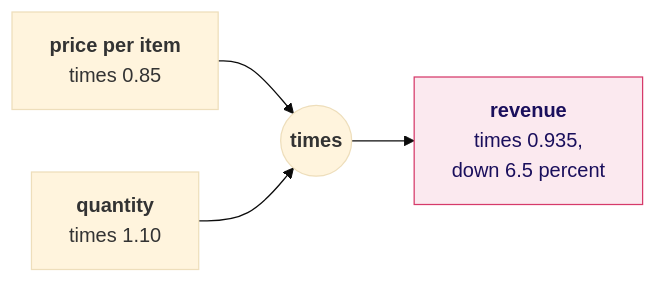
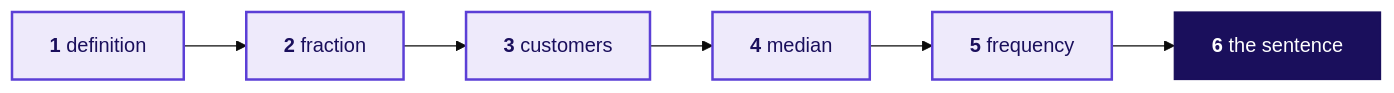
The sixth of 10 diagrams in content/W01/D1/slides/C2_W01_D01_half2_STUDENT.md (fde-academy-lab/c2-content-factory), drawn with Mermaid (base theme) before and after one commit. The commit also changed other lines of this file and 10 other files, not shown here.

````diff
--- a/content/W01/D1/slides/C2_W01_D01_half2_STUDENT.md
+++ b/content/W01/D1/slides/C2_W01_D01_half2_STUDENT.md
@@ -258,8 +356,9 @@
 ```mermaid
 flowchart LR
-    P["<b>price per item</b><br/>times 0.85"] --> X(("<b>times</b>"))
-    Q["<b>quantity</b><br/>times 1.10"] --> X
-    X --> R["<b>revenue</b><br/>times 0.935,<br/>down 6.5 percent"]
-    classDef bad fill:#FBE9EF,stroke:#D63A6A,color:#1A0F5C
-    class R bad
+    C1["<b>1</b> definition"] --> C2["<b>2</b> fraction"] --> C3["<b>3</b> customers"]
+    C3 --> C4["<b>4</b> median"] --> C5["<b>5</b> frequency"] --> C6["<b>6</b> the sentence"]
+    classDef known fill:#EEEAFB,stroke:#5B3FD6,color:#1A0F5C,stroke-width:2px
+    classDef bet fill:#1A0F5C,stroke:#1A0F5C,color:#FFFFFF
+    class C1,C2,C3,C4,C5 known
+    class C6 bet
 ```
````
